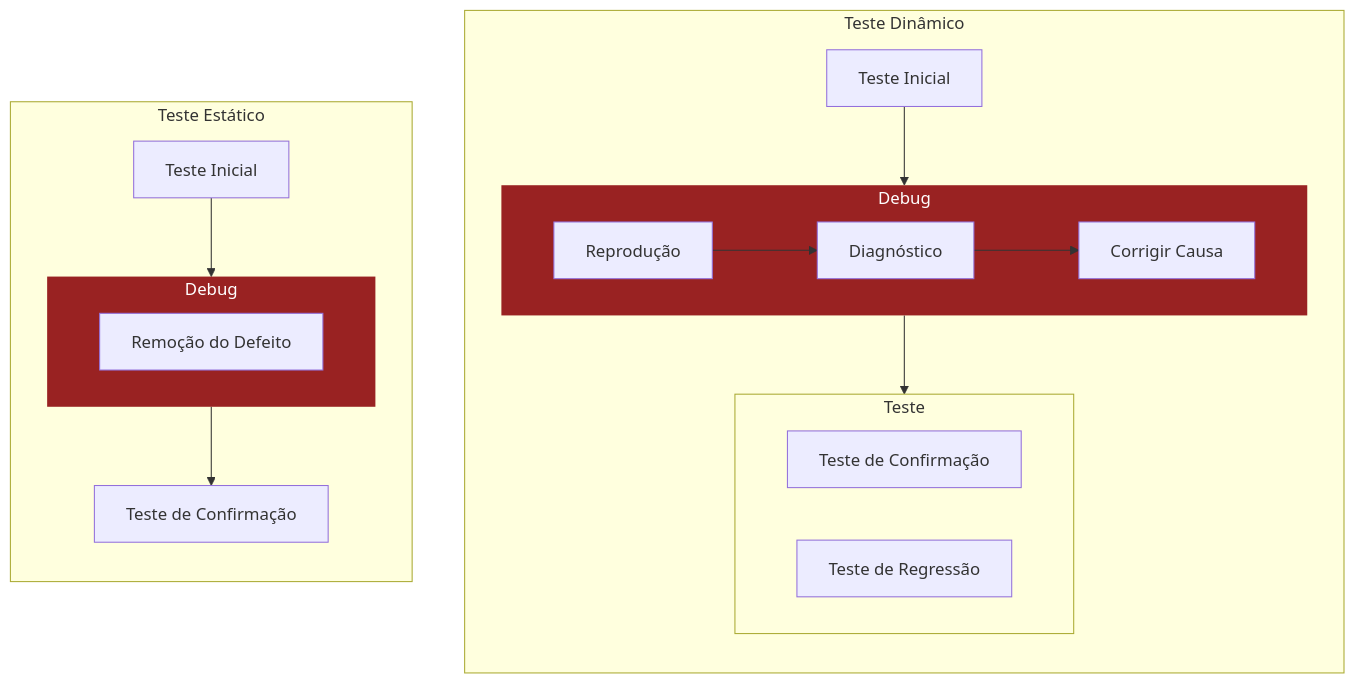
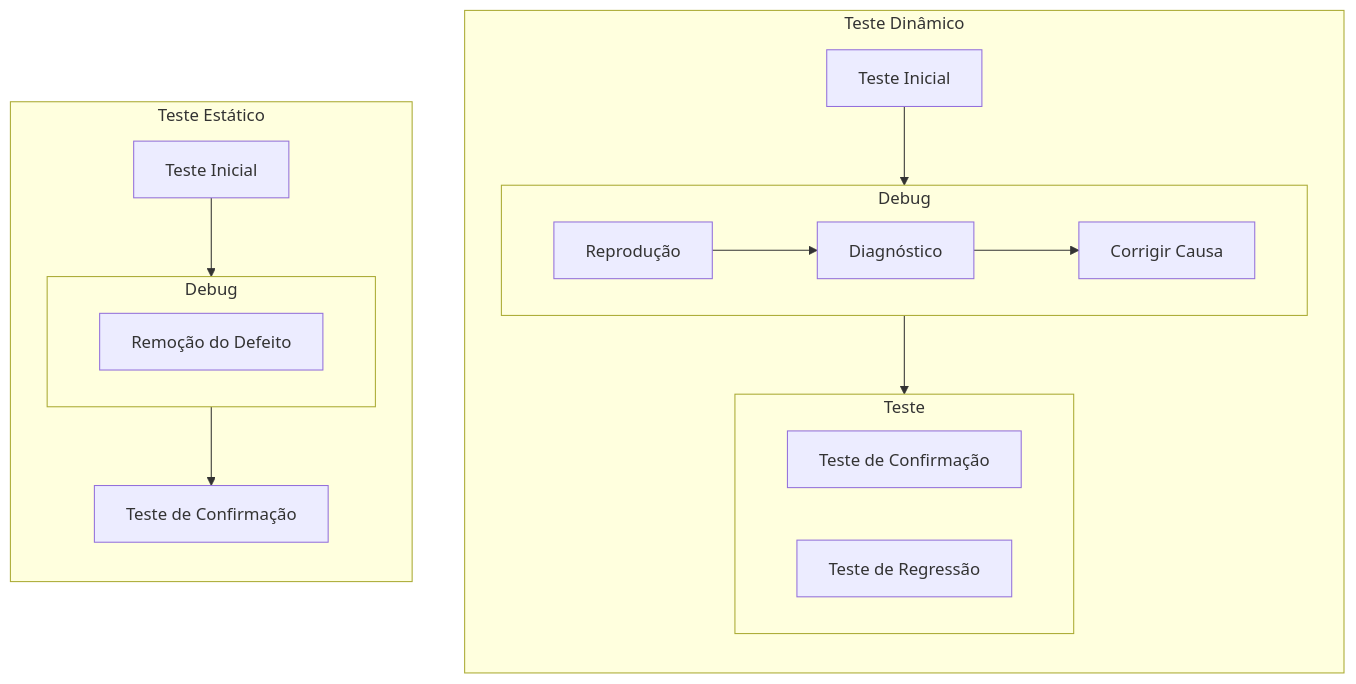
One commit to GabriOliv/garden changed the second of 3 diagrams in docs/istqb/ctfl/ctfl_01.mdx. Above: the diagram before and after it, drawn with Mermaid. The commit also changed other lines of this file and 4 other files, not shown here.

First line of the commit message:
feat: cores dos diagramas em tokens do Dossier

````diff
--- a/docs/istqb/ctfl/ctfl_01.mdx
+++ b/docs/istqb/ctfl/ctfl_01.mdx
@@ -81,34 +81,33 @@
 ```mermaid
 %%{init:{'flowchart':{'useMaxWidth':'true'}}}%%
 flowchart TB
-	classDef error		fill:#922,stroke:#0000,color:#FFF
 
 	b:::error; e:::error
 
 	subgraph s1["Teste Dinâmico"]
 		direction TB
 		a["Teste Inicial"]
 		subgraph b["Debug"]
 			direction LR
 			b1["Reprodução"]
 			b2[Diagnóstico]
 			b3[Corrigir Causa]
 		end
 		subgraph c["Teste"]
 			c1[Teste de Confirmação]
 			c2[Teste de Regressão]
 		end
 	end
 	subgraph s2["Teste Estático"]
 		direction TB
 		d["Teste Inicial"]
 		subgraph e["Debug"]
 			e1["Remoção do Defeito"]
 		end
 		f[Teste de Confirmação]
 	end
 
 	a --> b --> c;
 	b1 --> b2 --> b3;
 	d --> e --> f;
 ```
````
